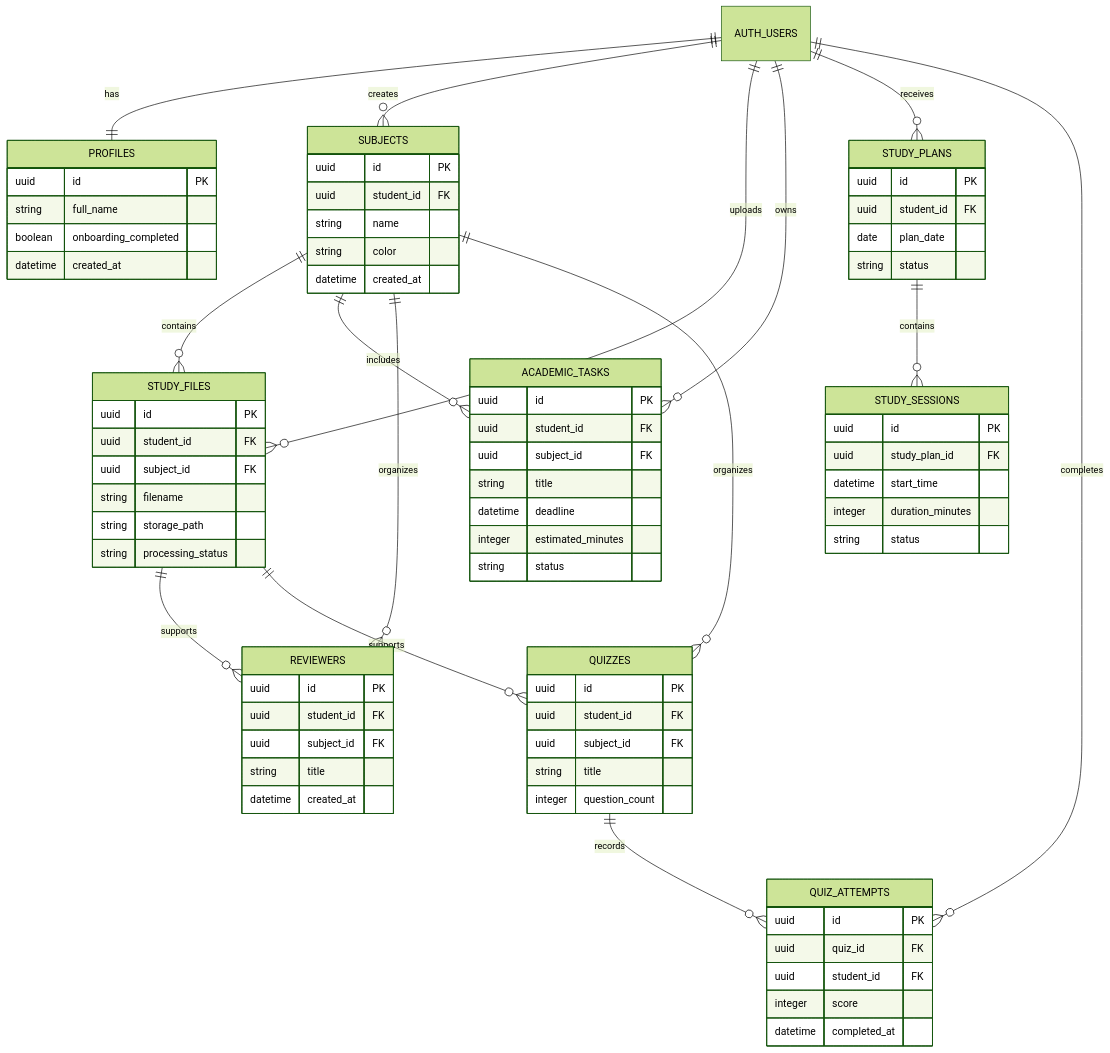
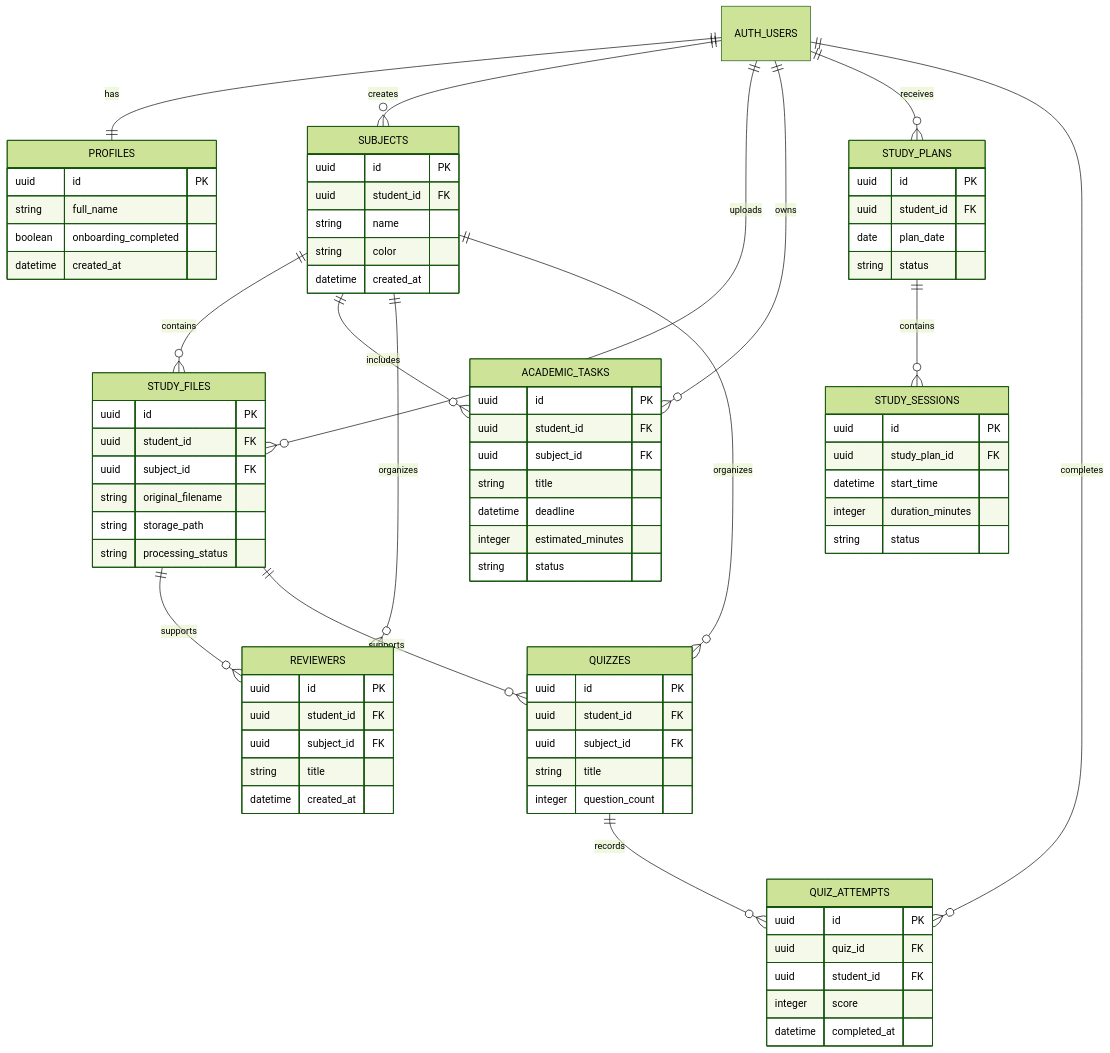
The seventh of 8 diagrams in docs/ARCHITECTURE.md (jianna-acc/stsp-capstone), drawn with Mermaid (forest theme) before and after one commit. The commit also changed other lines of this file and 21 other files, not shown here.

```diff
--- a/docs/ARCHITECTURE.md
+++ b/docs/ARCHITECTURE.md
@@ -173,7 +291,7 @@
         uuid id PK
         uuid student_id FK
         uuid subject_id FK
-        string filename
+        string original_filename
         string storage_path
         string processing_status
     }
```
